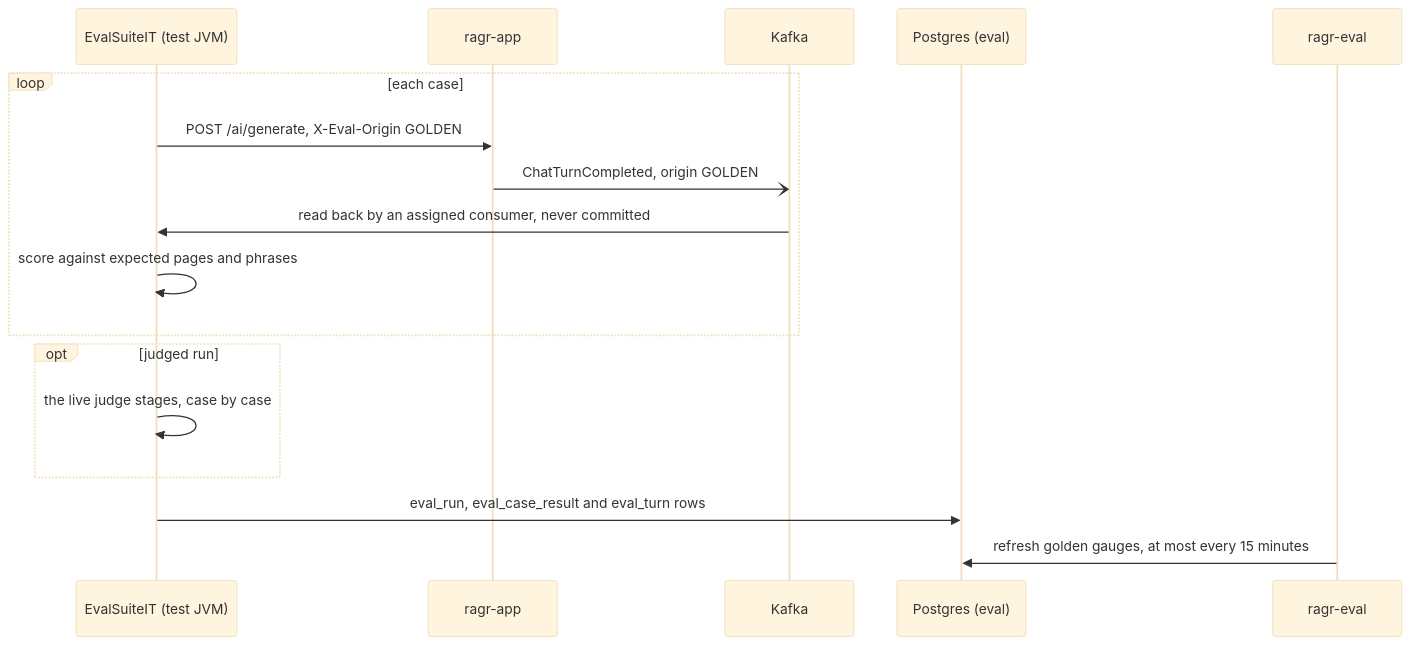
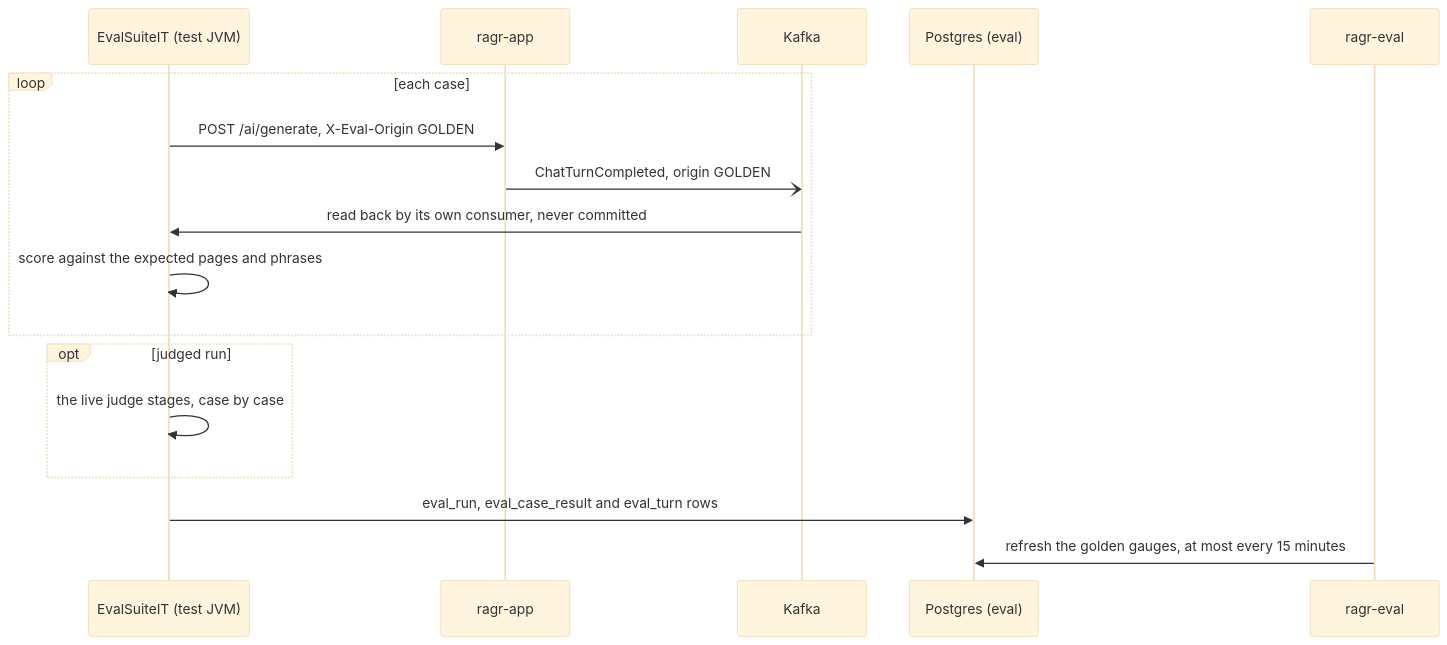
The second of 2 diagrams in ragr-eval/README.md (subhanmishra/spring-ai), drawn with Mermaid (base theme) before and after one commit. The commit also changed other lines of this file and 5 other files, not shown here.

First line of the commit message:
Rewrite the READMEs in plain language, and bring the flow diagrams up to date

````diff
--- a/ragr-eval/README.md
+++ b/ragr-eval/README.md
@@ -125,20 +147,20 @@
 ```mermaid
 sequenceDiagram
     participant T as EvalSuiteIT (test JVM)
     participant C as ragr-app
     participant K as Kafka
     participant P as Postgres (eval)
     participant E as ragr-eval
 
     loop each case
         T->>C: POST /ai/generate, X-Eval-Origin GOLDEN
         C-)K: ChatTurnCompleted, origin GOLDEN
-        K->>T: read back by an assigned consumer, never committed
-        T->>T: score against expected pages and phrases
+        K->>T: read back by its own consumer, never committed
+        T->>T: score against the expected pages and phrases
     end
     opt judged run
         T->>T: the live judge stages, case by case
     end
     T->>P: eval_run, eval_case_result and eval_turn rows
-    E->>P: refresh golden gauges, at most every 15 minutes
+    E->>P: refresh the golden gauges, at most every 15 minutes
 ```
````
